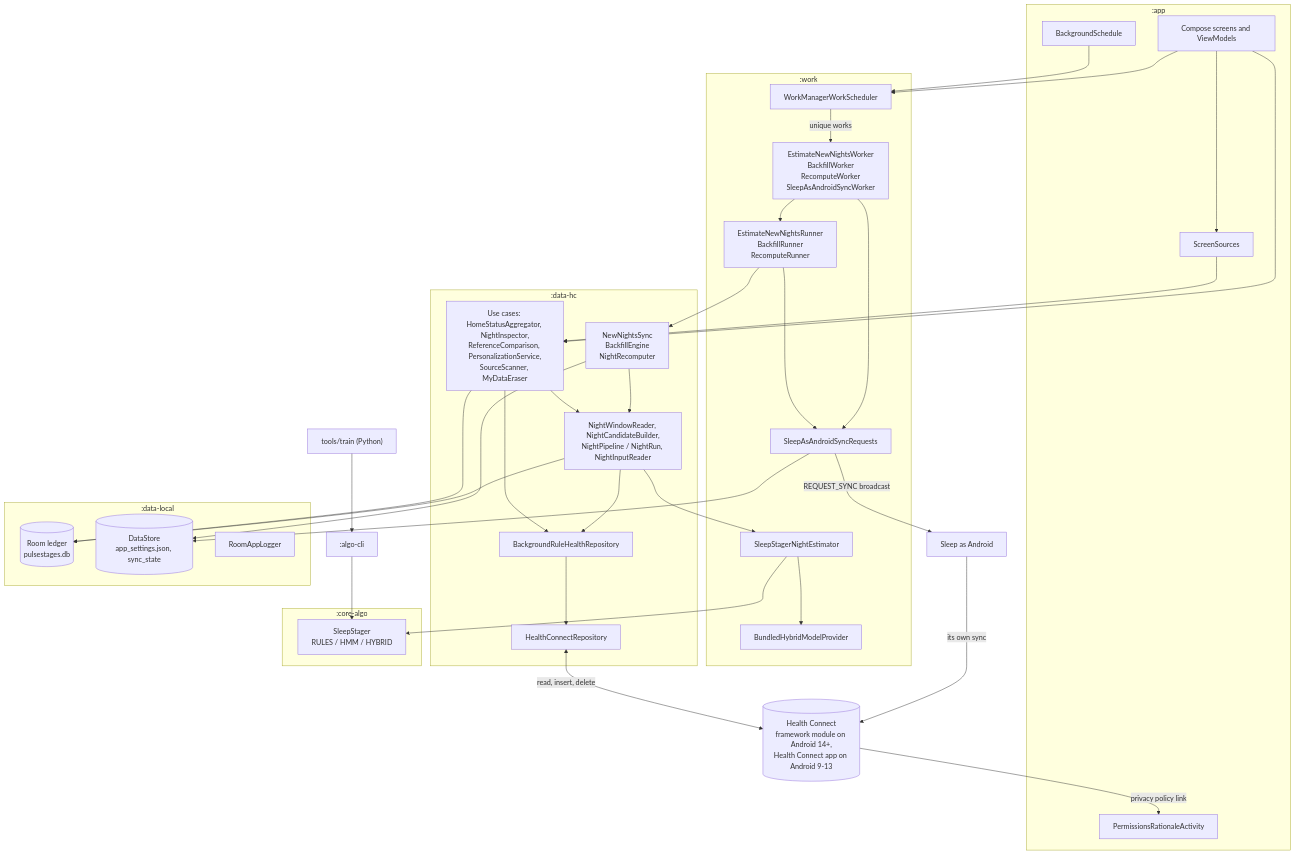
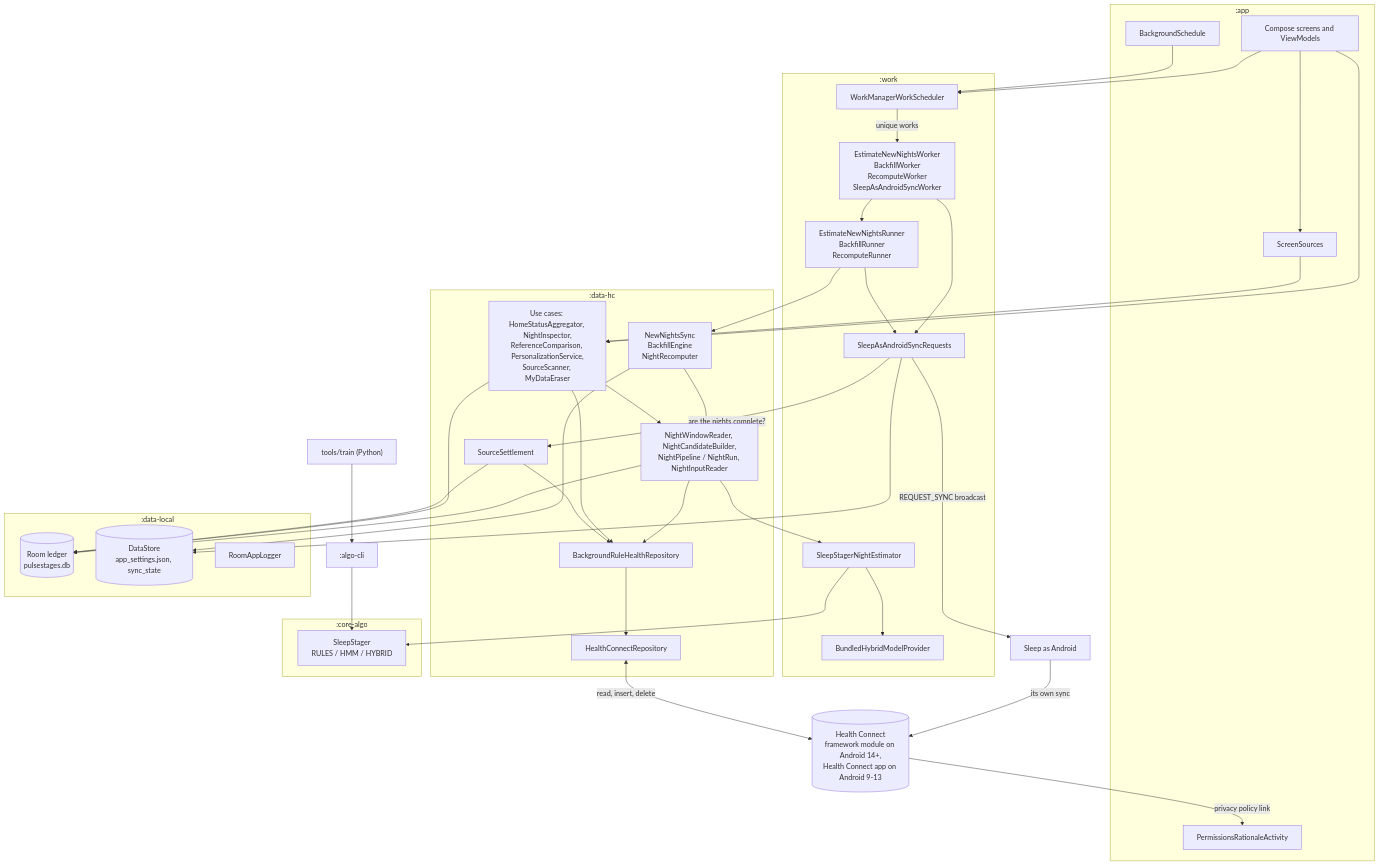
Before and after one commit to alien2003/PulseStages: the second of 4 diagrams in docs/architecture.md, drawn with Mermaid. The commit also changed other lines of this file and 7 other files, not shown here.

````diff
--- a/docs/architecture.md
+++ b/docs/architecture.md
@@ -89,69 +89,73 @@
 ```mermaid
 flowchart TB
     HC[("Health Connect<br/>framework module on Android 14+,<br/>Health Connect app on Android 9-13")]
     SLEEP["Sleep as Android"]
 
     subgraph APP [":app"]
         UI["Compose screens and ViewModels"]
         RAT["PermissionsRationaleActivity"]
         BGS["BackgroundSchedule"]
         SCR["ScreenSources"]
     end
 
     subgraph WORK [":work"]
         SCHED["WorkManagerWorkScheduler"]
         WRK["EstimateNewNightsWorker<br/>BackfillWorker<br/>RecomputeWorker<br/>SleepAsAndroidSyncWorker"]
         RUN["EstimateNewNightsRunner<br/>BackfillRunner<br/>RecomputeRunner"]
         SAA["SleepAsAndroidSyncRequests"]
         EST["SleepStagerNightEstimator"]
         BUNDLE["BundledHybridModelProvider"]
     end
 
     subgraph DATAHC [":data-hc"]
         UC["Use cases: HomeStatusAggregator, NightInspector,<br/>ReferenceComparison, PersonalizationService,<br/>SourceScanner, MyDataEraser"]
         JOBS["NewNightsSync<br/>BackfillEngine<br/>NightRecomputer"]
         PIPE["NightWindowReader, NightCandidateBuilder,<br/>NightPipeline / NightRun, NightInputReader"]
+        SET["SourceSettlement"]
         BGR["BackgroundRuleHealthRepository"]
         HCR["HealthConnectRepository"]
     end
 
     subgraph DATALOCAL [":data-local"]
         ROOM[("Room ledger<br/>pulsestages.db")]
         DS[("DataStore<br/>app_settings.json, sync_state")]
         LOG["RoomAppLogger"]
     end
 
     subgraph CORE [":core-algo"]
         STAGER["SleepStager<br/>RULES / HMM / HYBRID"]
     end
 
     CLI[":algo-cli"] --> STAGER
     TRAIN["tools/train (Python)"] --> CLI
 
     UI --> UC
     UI --> SCR
     UI --> SCHED
     SCR --> UC
     BGS --> SCHED
     SCHED -->|"unique works"| WRK
     WRK --> RUN
     WRK --> SAA
     RUN --> JOBS
     RUN --> SAA
     SAA --> DS
+    SAA -->|"are the nights complete?"| SET
     SAA -->|"REQUEST_SYNC broadcast"| SLEEP
     SLEEP -->|"its own sync"| HC
     JOBS --> PIPE
     UC --> PIPE
     PIPE --> EST
     EST --> STAGER
     EST --> BUNDLE
     PIPE --> ROOM
     JOBS --> DS
     UC --> ROOM
     PIPE --> BGR
     UC --> BGR
+    SET --> BGR
+    SET --> ROOM
     BGR --> HCR
     HCR <-->|"read, insert, delete"| HC
     HC -->|"privacy policy link"| RAT
 ```
````
